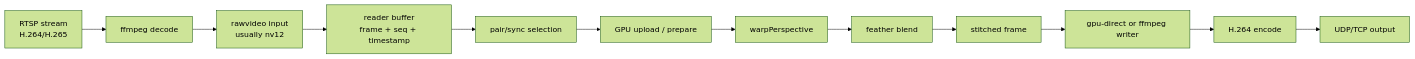
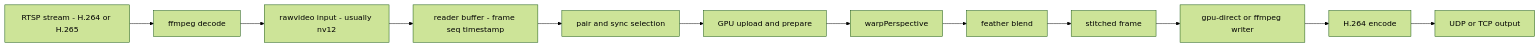
Before and after one commit to prk7048/Hogak_Stitching: the fourth of 5 diagrams in reports/08_runtime_architecture_diagrams.md, drawn with Mermaid (forest theme). The commit also changed other lines of this file, not shown here.

Commit message:
fix-mermaid-github-rendering

````diff
--- a/reports/08_runtime_architecture_diagrams.md
+++ b/reports/08_runtime_architecture_diagrams.md
@@ -156,14 +156,14 @@
 ```mermaid
 flowchart LR
-    A[RTSP stream<br/>H.264/H.265] --> B[ffmpeg decode]
-    B --> C[rawvideo input<br/>usually nv12]
-    C --> D[reader buffer<br/>frame + seq + timestamp]
-    D --> E[pair/sync selection]
-    E --> F[GPU upload / prepare]
-    F --> G[warpPerspective]
-    G --> H[feather blend]
-    H --> I[stitched frame]
-    I --> J[gpu-direct or ffmpeg writer]
-    J --> K[H.264 encode]
-    K --> L[UDP/TCP output]
+    A["RTSP stream - H.264 or H.265"] --> B["ffmpeg decode"]
+    B --> C["rawvideo input - usually nv12"]
+    C --> D["reader buffer - frame seq timestamp"]
+    D --> E["pair and sync selection"]
+    E --> F["GPU upload and prepare"]
+    F --> G["warpPerspective"]
+    G --> H["feather blend"]
+    H --> I["stitched frame"]
+    I --> J["gpu-direct or ffmpeg writer"]
+    J --> K["H.264 encode"]
+    K --> L["UDP or TCP output"]
 ```
````
